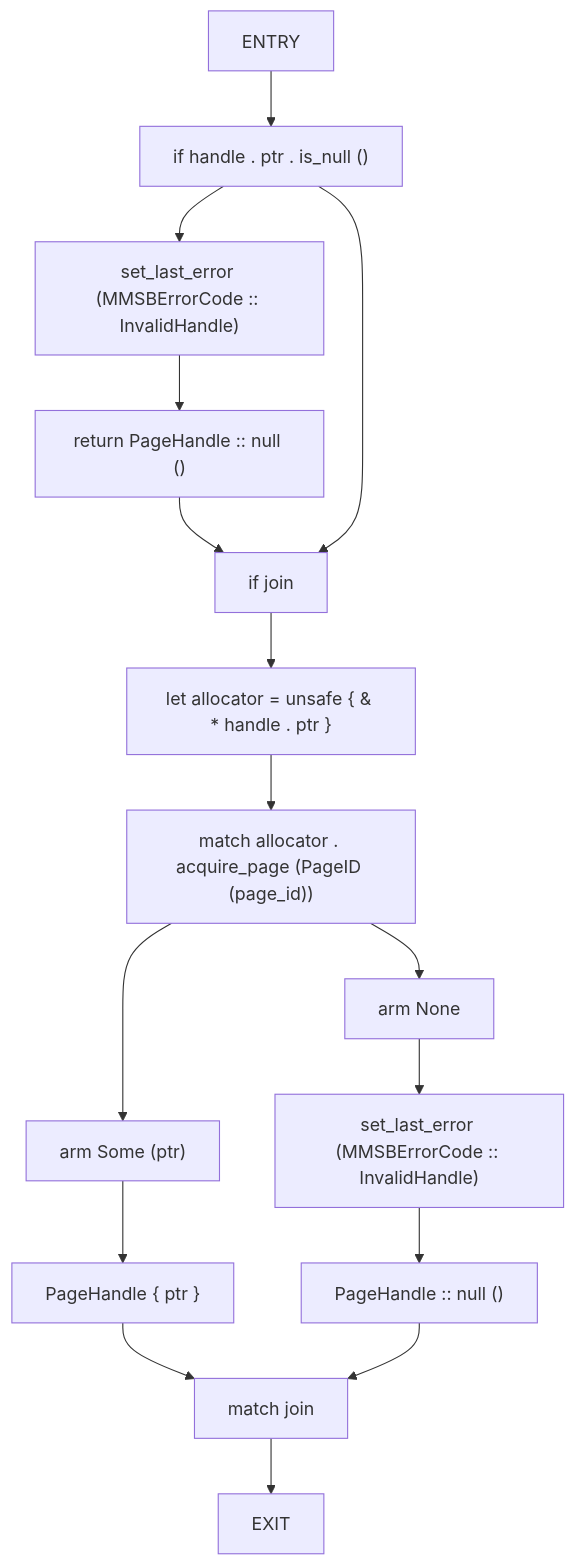
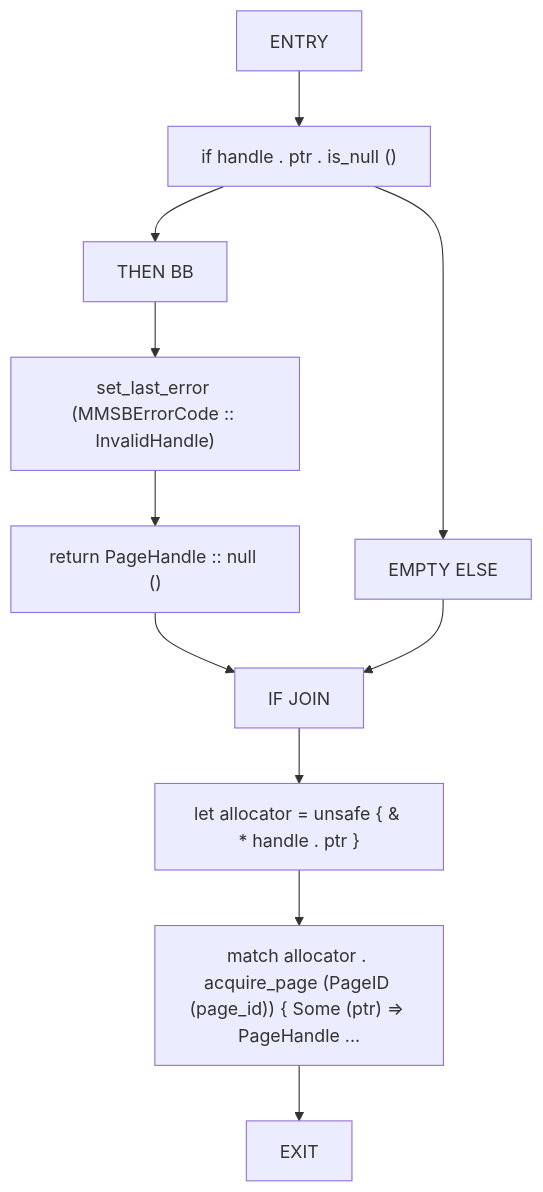
The seventh of 56 diagrams in docs/analysis/cfg/080-src-ffi_rs.md (cicero-violate/MMSB), drawn with Mermaid before and after one commit. The commit also changed other lines of this file and 865 other files, not shown here.

````diff
--- a/docs/analysis/cfg/080-src-ffi_rs.md
+++ b/docs/analysis/cfg/080-src-ffi_rs.md
@@ -194,32 +227,23 @@
 ```mermaid
 flowchart TD
     mmsb_allocator_get_page_0["ENTRY"]
     mmsb_allocator_get_page_1["if handle . ptr . is_null ()"]
-    mmsb_allocator_get_page_2["set_last_error (MMSBErrorCode :: InvalidHandle)"]
-    mmsb_allocator_get_page_3["return PageHandle :: null ()"]
-    mmsb_allocator_get_page_4["if join"]
-    mmsb_allocator_get_page_5["let allocator = unsafe { & * handle . ptr }"]
-    mmsb_allocator_get_page_6["match allocator . acquire_page (PageID (page_id))"]
-    mmsb_allocator_get_page_7["arm Some (ptr)"]
-    mmsb_allocator_get_page_8["PageHandle { ptr }"]
-    mmsb_allocator_get_page_9["arm None"]
-    mmsb_allocator_get_page_10["set_last_error (MMSBErrorCode :: InvalidHandle)"]
-    mmsb_allocator_get_page_11["PageHandle :: null ()"]
-    mmsb_allocator_get_page_12["match join"]
-    mmsb_allocator_get_page_13["EXIT"]
+    mmsb_allocator_get_page_2["THEN BB"]
+    mmsb_allocator_get_page_3["set_last_error (MMSBErrorCode :: InvalidHandle)"]
+    mmsb_allocator_get_page_4["return PageHandle :: null ()"]
+    mmsb_allocator_get_page_5["EMPTY ELSE"]
+    mmsb_allocator_get_page_6["IF JOIN"]
+    mmsb_allocator_get_page_7["let allocator = unsafe { & * handle . ptr }"]
+    mmsb_allocator_get_page_8["match allocator . acquire_page (PageID (page_id)) { Some (ptr) => PageHandle ..."]
+    mmsb_allocator_get_page_9["EXIT"]
     mmsb_allocator_get_page_0 --> mmsb_allocator_get_page_1
     mmsb_allocator_get_page_1 --> mmsb_allocator_get_page_2
     mmsb_allocator_get_page_2 --> mmsb_allocator_get_page_3
     mmsb_allocator_get_page_3 --> mmsb_allocator_get_page_4
-    mmsb_allocator_get_page_1 --> mmsb_allocator_get_page_4
-    mmsb_allocator_get_page_4 --> mmsb_allocator_get_page_5
+    mmsb_allocator_get_page_1 --> mmsb_allocator_get_page_5
+    mmsb_allocator_get_page_4 --> mmsb_allocator_get_page_6
     mmsb_allocator_get_page_5 --> mmsb_allocator_get_page_6
     mmsb_allocator_get_page_6 --> mmsb_allocator_get_page_7
     mmsb_allocator_get_page_7 --> mmsb_allocator_get_page_8
-    mmsb_allocator_get_page_6 --> mmsb_allocator_get_page_9
-    mmsb_allocator_get_page_9 --> mmsb_allocator_get_page_10
-    mmsb_allocator_get_page_10 --> mmsb_allocator_get_page_11
-    mmsb_allocator_get_page_8 --> mmsb_allocator_get_page_12
-    mmsb_allocator_get_page_11 --> mmsb_allocator_get_page_12
-    mmsb_allocator_get_page_12 --> mmsb_allocator_get_page_13
+    mmsb_allocator_get_page_8 --> mmsb_allocator_get_page_9
 ```
````
